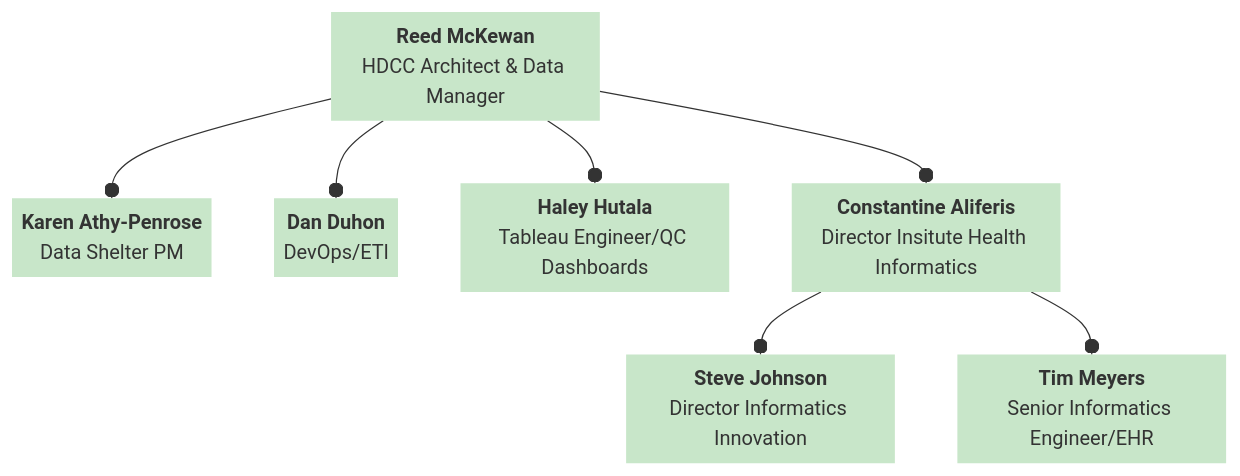
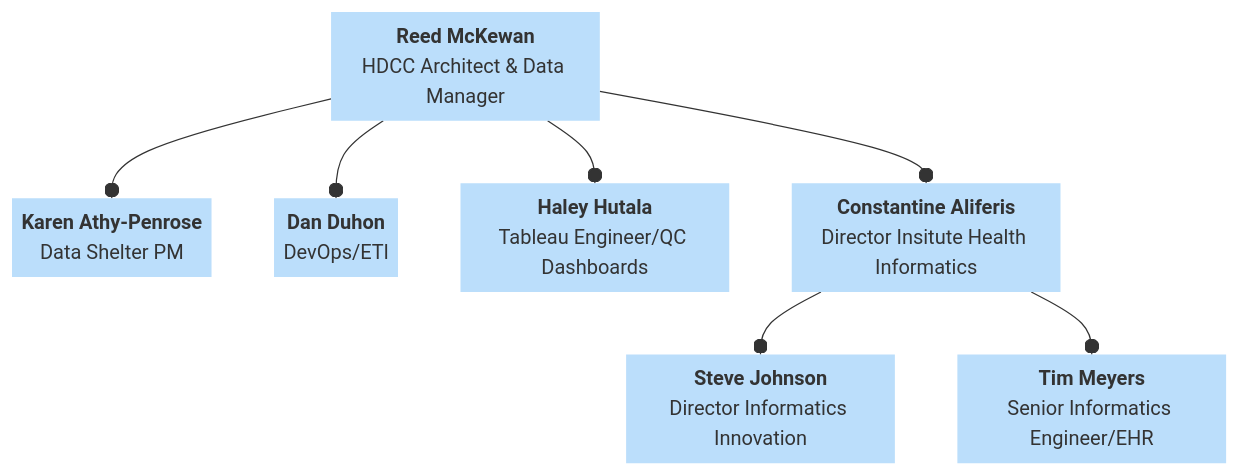
One commit to DCAN-Labs/hbcd-docs-internal changed the fourth of 7 diagrams in docs/orgcharts.md. Above: the diagram before and after it, drawn with Mermaid. The commit also changed other lines of this file, not shown here.

````diff
--- a/docs/orgcharts.md
+++ b/docs/orgcharts.md
@@ -303,23 +303,23 @@
 ```mermaid
 ---
 config:
   layout: dagre
 ---
 flowchart TB
     B["<b>Reed McKewan</b><br>HDCC Architect &amp; Data Manager"] --o E["<b>Karen Athy-Penrose</b><br>Data Shelter PM"] & F["<b>Dan Duhon</b><br>DevOps/ETl"] & G["<b>Haley Hutala</b><br>Tableau Engineer/QC Dashboards"] & H["<b>Constantine Aliferis</b><br>Director Insitute Health Informatics"]
     H --o I["<b>Steve Johnson</b><br>Director Informatics Innovation"] & J["<b>Tim Meyers</b><br>Senior Informatics Engineer/EHR"]
     B@{ shape: text}
     E@{ shape: text}
     F@{ shape: text}
     G@{ shape: text}
     H@{ shape: text}
     I@{ shape: text}
     J@{ shape: text}
-    style B fill:#C8E6C9,stroke-width:2px,stroke-dasharray: 0,stroke:none
-    style E fill:#C8E6C9
-    style F fill:#C8E6C9
-    style G fill:#C8E6C9
-    style H fill:#C8E6C9
-    style I fill:#C8E6C9
-    style J fill:#C8E6C9
+    style B fill:#BBDEFB,stroke-width:2px,stroke-dasharray: 0,stroke:none
+    style E fill:#BBDEFB
+    style F fill:#BBDEFB
+    style G fill:#BBDEFB
+    style H fill:#BBDEFB
+    style I fill:#BBDEFB
+    style J fill:#BBDEFB
 ```
````
